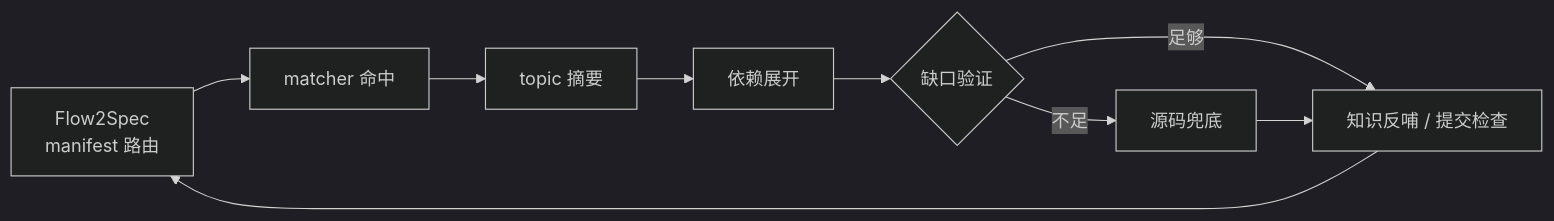
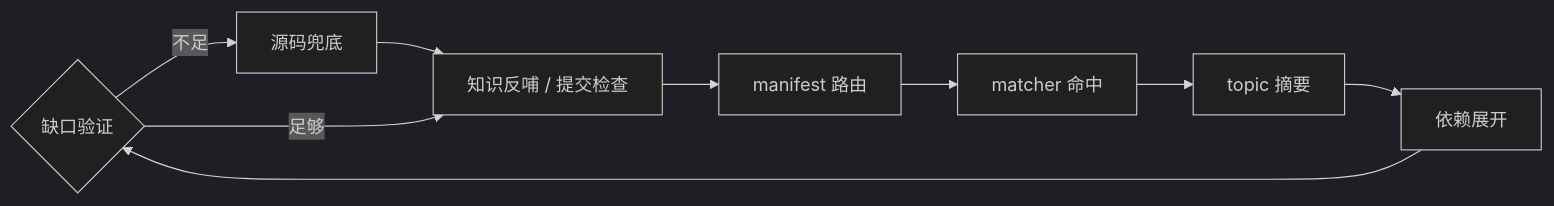
The fourth of 4 diagrams in docs/Flow2Spec基础介绍.md (Lands-1203/Flow2Spec), drawn with Mermaid (dark theme) before and after one commit. The commit also changed other lines of this file and 1 other file, not shown here.

````diff
--- a/docs/Flow2Spec基础介绍.md
+++ b/docs/Flow2Spec基础介绍.md
@@ -459,7 +443,16 @@
 ```mermaid
 flowchart LR
-  R1[Flow2Spec<br/>manifest 路由] --> R2[matcher 命中] --> R3[topic 摘要] --> R4[依赖展开] --> R5{缺口验证}
-  R5 -->|足够| R7[知识反哺 / 提交检查]
-  R5 -->|不足| R6[源码兜底] --> R7
-  R7 --> R1
+    R5{"缺口验证"}
+    R6["源码兜底"]
+    R7["知识反哺 / 提交检查"]
+    R1["manifest 路由"]
+    R2["matcher 命中"]
+    R3["topic 摘要"]
+    R4["依赖展开"]
+
+    R5 -->|不足| R6
+    R6 --> R7
+    R5 -->|足够| R7
+    R7 --> R1 --> R2 --> R3 --> R4
+    R4 --> R5
 ```
````
